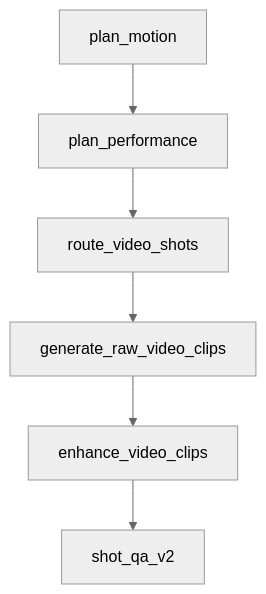
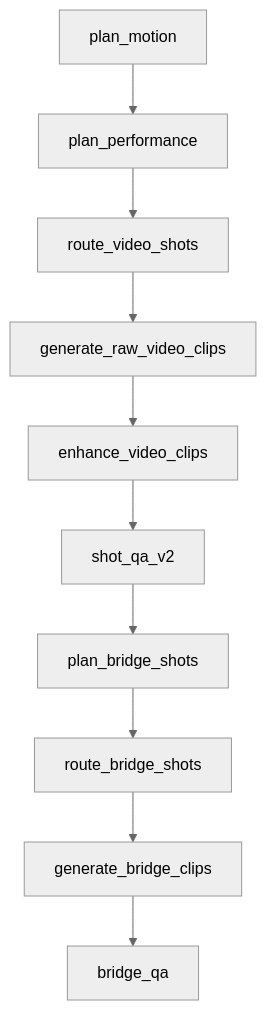
The second of 3 diagrams in docs/runtime/resume-from-step.md (OliverPanda/AI-video-factory-pro), drawn with Mermaid (neutral theme) before and after one commit. The commit also changed other lines of this file and 27 other files, not shown here.

````diff
--- a/docs/runtime/resume-from-step.md
+++ b/docs/runtime/resume-from-step.md
@@ -81,8 +81,12 @@
 ```mermaid
 flowchart TD
     A[plan_motion] --> B[plan_performance]
     B --> C[route_video_shots]
     C --> D[generate_raw_video_clips]
     D --> E[enhance_video_clips]
     E --> F[shot_qa_v2]
+    F --> G[plan_bridge_shots]
+    G --> H[route_bridge_shots]
+    H --> I[generate_bridge_clips]
+    I --> J[bridge_qa]
 ```
````
